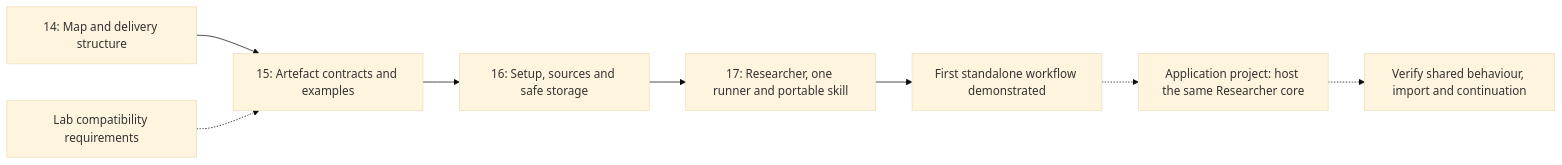
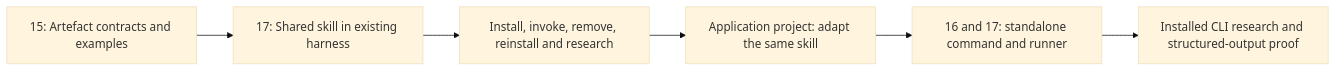
The diagram in docs/n8r-surface/critical-path.md (injectionator/ai-surface-model), drawn with Mermaid (base theme) before and after one commit. The commit also changed other lines of this file and 19 other files, not shown here.

Commit message:
feat: package Researcher skill for existing harnesses

````diff
--- a/docs/n8r-surface/critical-path.md
+++ b/docs/n8r-surface/critical-path.md
@@ -33,10 +36,8 @@
 ```mermaid
 flowchart LR
-    Map[14: Map and delivery structure] --> Contract[15: Artefact contracts and examples]
-    Contract --> Local[16: Setup, sources and safe storage]
-    Local --> Research[17: Researcher, one runner and portable skill]
-    Requirements[Lab compatibility requirements] -.-> Contract
-    Research --> Result[First standalone workflow demonstrated]
-    Result -.-> Lab[Application project: host the same Researcher core]
-    Lab -.-> Verified[Verify shared behaviour, import and continuation]
+    Contract[15: Artefact contracts and examples] --> Skill[17: Shared skill in existing harness]
+    Skill --> Trial[Install, invoke, remove, reinstall and research]
+    Trial --> Lab[Application project: adapt the same skill]
+    Lab --> CLI[16 and 17: standalone command and runner]
+    CLI --> Verified[Installed CLI research and structured-output proof]
 ```
````
